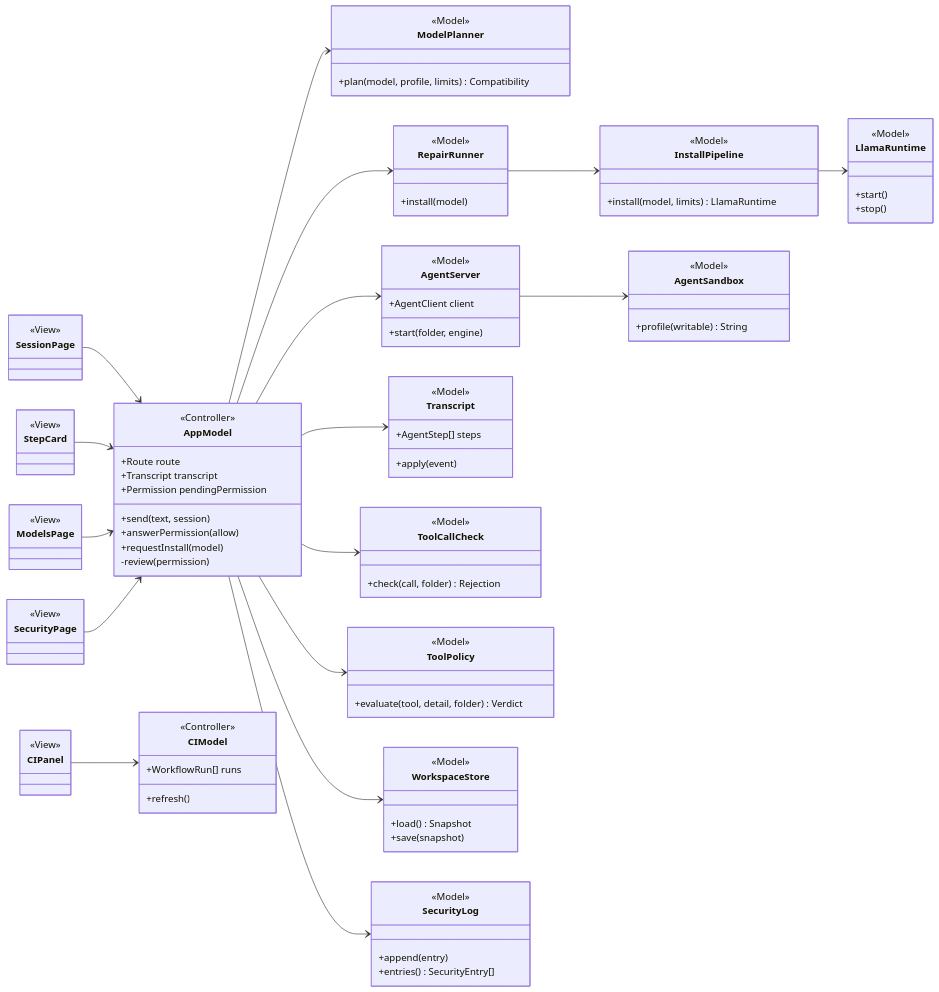
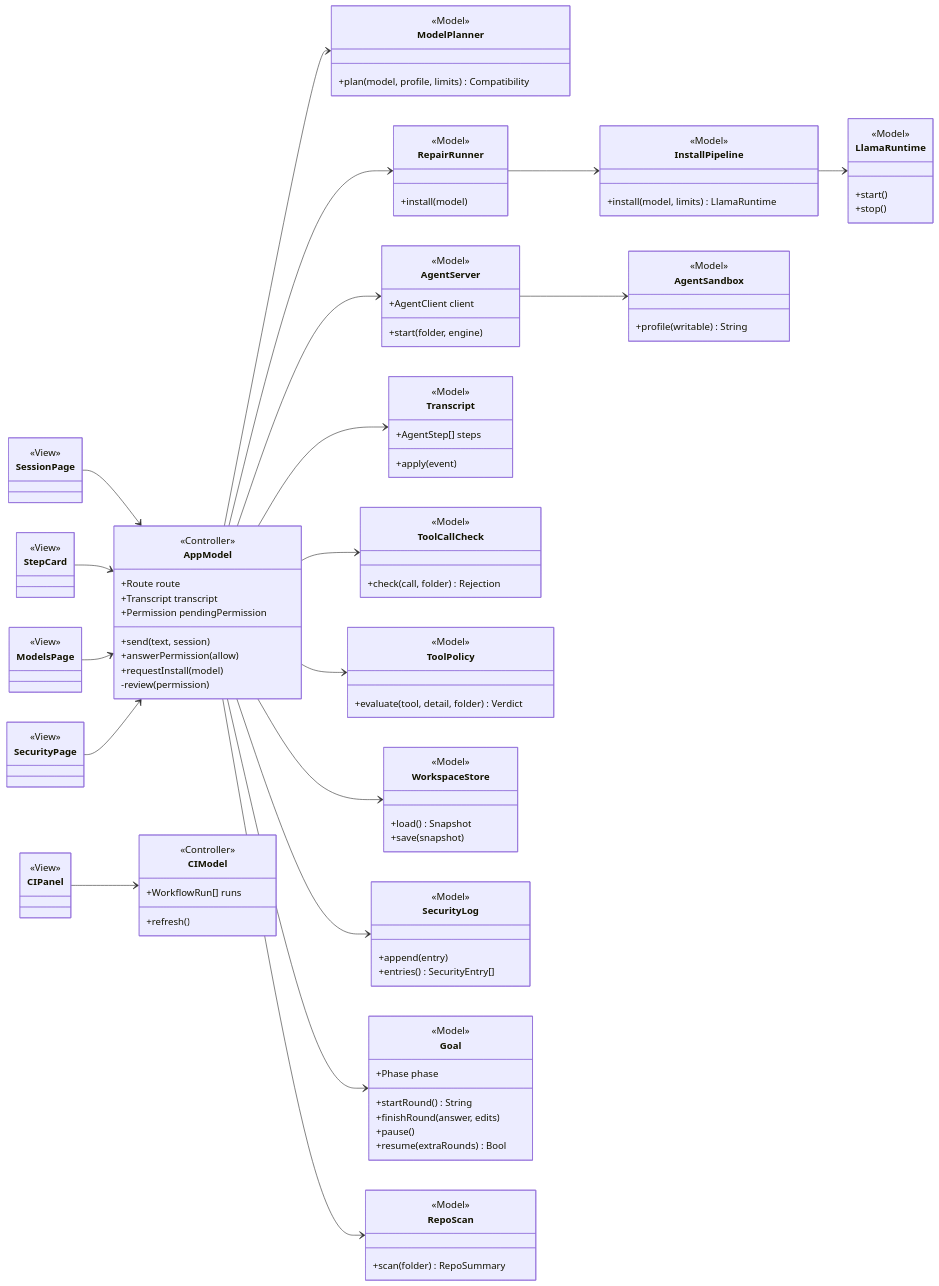
The sixth of 6 diagrams in README.md (Rizsaurav/agentgate-studio), drawn with Mermaid before and after one commit. The commit also changed other lines of this file and 14 other files, not shown here.

Commit message:
feat(mac): optimize a repo in rounds, with a repo overview and starting points in every chat

````diff
--- a/README.md
+++ b/README.md
@@ -302,6 +344,18 @@
     +append(entry)
     +entries() SecurityEntry[]
   }
+  class Goal {
+    <<Model>>
+    +Phase phase
+    +startRound() String
+    +finishRound(answer, edits)
+    +pause()
+    +resume(extraRounds) Bool
+  }
+  class RepoScan {
+    <<Model>>
+    +scan(folder) RepoSummary
+  }
 
   SessionPage --> AppModel
   StepCard --> AppModel
@@ -319,4 +373,6 @@
   AppModel --> ToolPolicy
   AppModel --> WorkspaceStore
   AppModel --> SecurityLog
+  AppModel --> Goal
+  AppModel --> RepoScan
 ```
````
